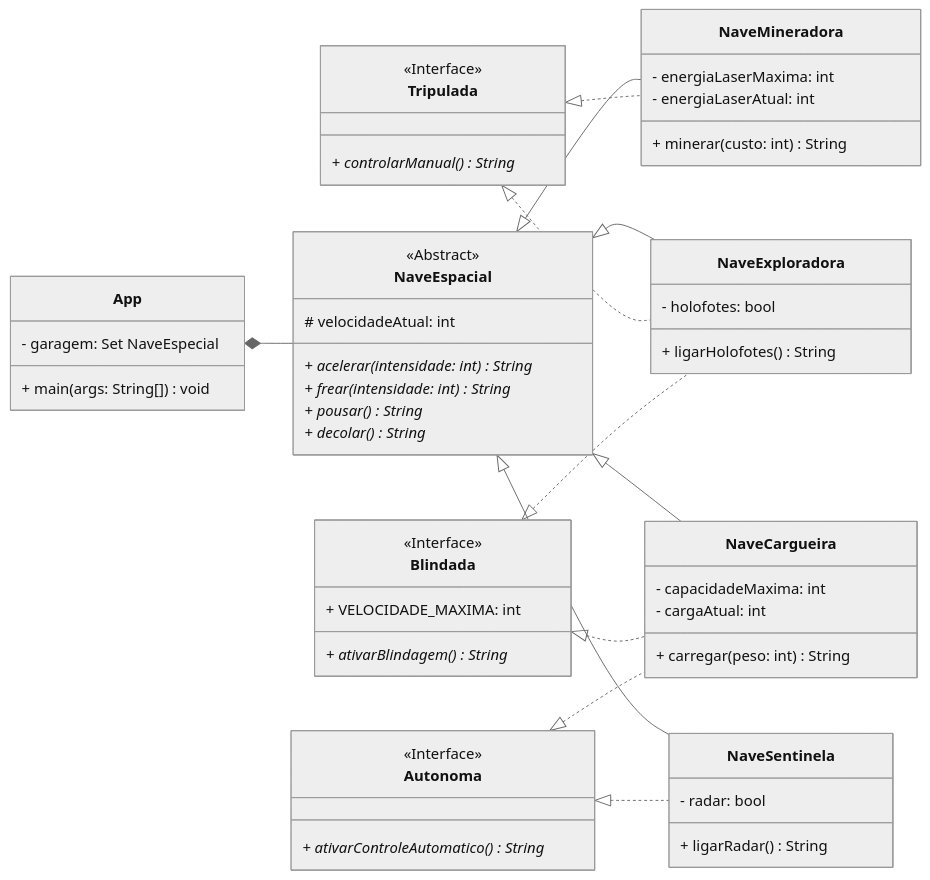
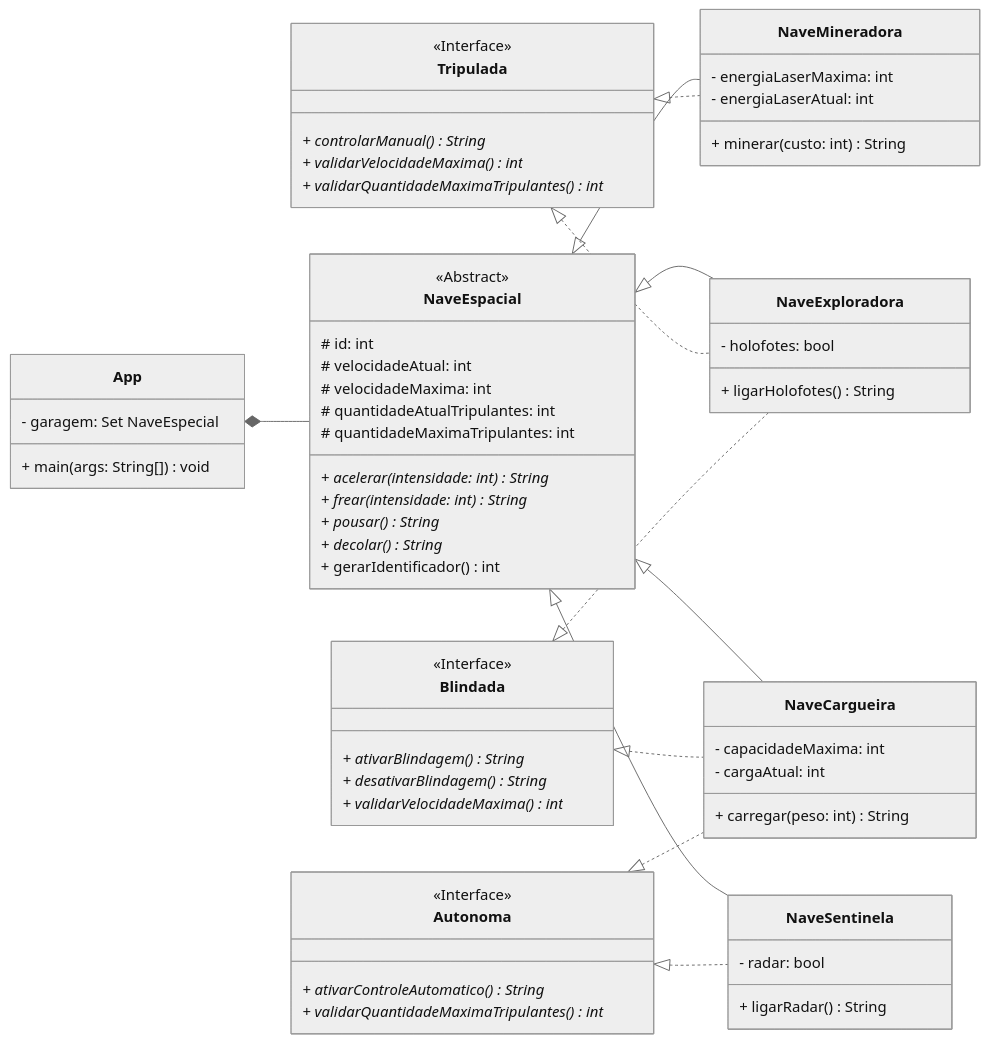
The diagram in readme.md (sergio-prolo-class/lista-4-willian), drawn with Mermaid (neutral theme) before and after one commit.

Commit message:
Edita o arquivo readme.md

```diff
--- a/readme.md
+++ b/readme.md
@@ -15,12 +15,18 @@
     
     class NaveEspacial {
             <<Abstract>>
+        # id: int
         # velocidadeAtual: int
+        # velocidadeMaxima: int
+        # quantidadeAtualTripulantes: int
+        # quantidadeMaximaTripulantes: int
+        
         
         + acelerar(intensidade: int) String *
         + frear(intensidade: int) String *
         + pousar() String *
         + decolar() String *
+        + gerarIdentificador() int
     }
     
     class NaveMineradora {
@@ -39,6 +45,10 @@
         - capacidadeMaxima: int
         - cargaAtual: int
         + carregar(peso: int) String
+        
+        
+        
+        
     }
     
     class NaveSentinela {
@@ -49,19 +59,22 @@
     class Tripulada {
         <<Interface>>
         + controlarManual() String *
+        + validarVelocidadeMaxima() int *
+        + validarQuantidadeMaximaTripulantes() int *
     }
     
     class Blindada {
         <<Interface>>
         
-        + VELOCIDADE_MAXIMA: int
-        
         + ativarBlindagem() String *
+        + desativarBlindagem() String *
+        + validarVelocidadeMaxima() int *
     }
     
     class Autonoma {
         <<Interface>>
         + ativarControleAutomatico() String *
+        + validarQuantidadeMaximaTripulantes() int *
     }
     
     
```
